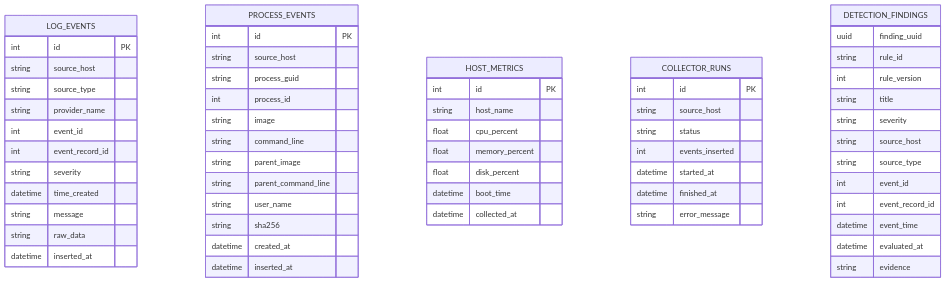
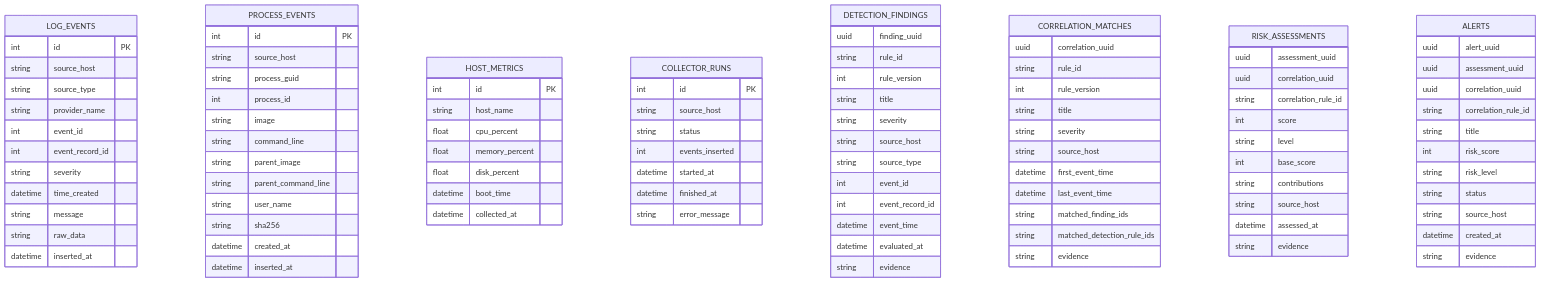
Diagram 12 of 23 in docs/01_System_Architecture.md (Hilliam1/Telemetry-Platform), drawn with Mermaid before and after one commit. The commit also changed other lines of this file and 22 other files, not shown here.

````diff
--- a/docs/01_System_Architecture.md
+++ b/docs/01_System_Architecture.md
@@ -511,4 +514,42 @@
  datetime evaluated_at
  string evidence
  }
+ CORRELATION_MATCHES {
+ uuid correlation_uuid
+ string rule_id
+ int rule_version
+ string title
+ string severity
+ string source_host
+ datetime first_event_time
+ datetime last_event_time
+ string matched_finding_ids
+ string matched_detection_rule_ids
+ string evidence
+ }
+ RISK_ASSESSMENTS {
+ uuid assessment_uuid
+ uuid correlation_uuid
+ string correlation_rule_id
+ int score
+ string level
+ int base_score
+ string contributions
+ string source_host
+ datetime assessed_at
+ string evidence
+ }
+ ALERTS {
+ uuid alert_uuid
+ uuid assessment_uuid
+ uuid correlation_uuid
+ string correlation_rule_id
+ string title
+ int risk_score
+ string risk_level
+ string status
+ string source_host
+ datetime created_at
+ string evidence
+ }
 ```
````
